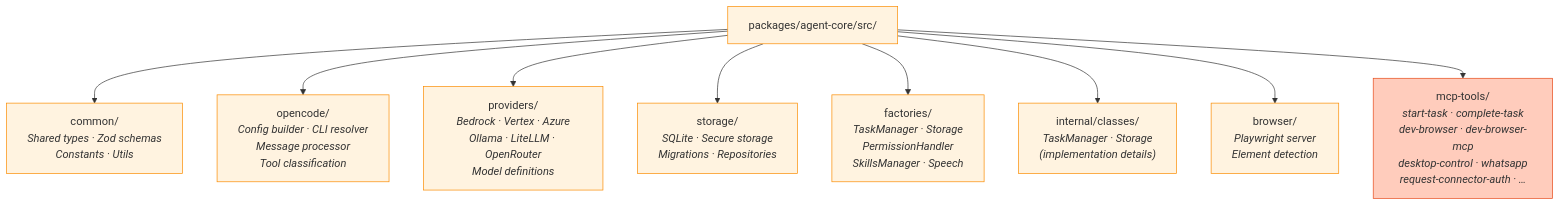
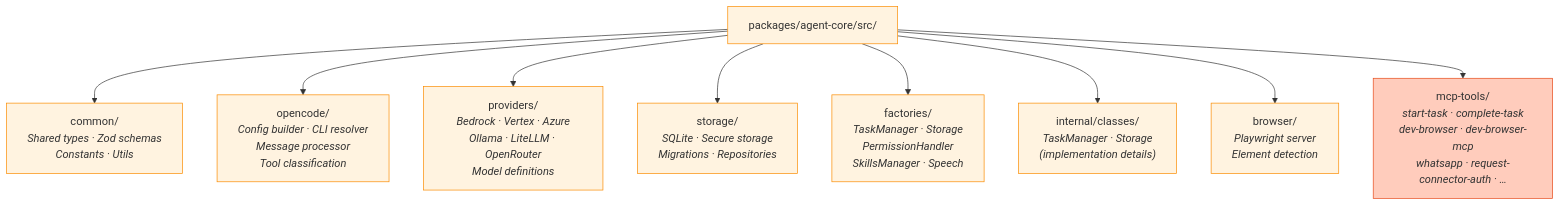
Before and after one commit to accomplish-ai/accomplish: the seventh of 7 diagrams in docs/development-viewpoint.md, drawn with Mermaid. The commit also changed 46 other files, not shown here.

Commit message:
fix: remove desktop-control and dead permission ports

````diff
--- a/docs/development-viewpoint.md
+++ b/docs/development-viewpoint.md
@@ -233,21 +233,21 @@
 ```mermaid
 graph TD
   CORE["packages/agent-core/src/"]
 
   CORE --> COMMON["common/<br/><i>Shared types · Zod schemas<br/>Constants · Utils</i>"]
   CORE --> OC["opencode/<br/><i>Config builder · CLI resolver<br/>Message processor<br/>Tool classification</i>"]
   CORE --> PROV["providers/<br/><i>Bedrock · Vertex · Azure<br/>Ollama · LiteLLM · OpenRouter<br/>Model definitions</i>"]
   CORE --> STORAGE["storage/<br/><i>SQLite · Secure storage<br/>Migrations · Repositories</i>"]
   CORE --> FACTORIES["factories/<br/><i>TaskManager · Storage<br/>PermissionHandler<br/>SkillsManager · Speech</i>"]
   CORE --> INTERNAL["internal/classes/<br/><i>TaskManager · Storage<br/>(implementation details)</i>"]
   CORE --> BROWSER["browser/<br/><i>Playwright server<br/>Element detection</i>"]
 
-  MCP["mcp-tools/<br/><i>start-task · complete-task<br/>dev-browser · dev-browser-mcp<br/>desktop-control · whatsapp<br/>request-connector-auth · …</i>"]
+  MCP["mcp-tools/<br/><i>start-task · complete-task<br/>dev-browser · dev-browser-mcp<br/>whatsapp · request-connector-auth · …</i>"]
   CORE --> MCP
 
   classDef dir fill:#fff3e0,stroke:#fb8c00
   classDef mcp fill:#ffccbc,stroke:#e64a19
 
   class CORE,COMMON,OC,PROV,STORAGE,FACTORIES,INTERNAL,BROWSER dir
   class MCP mcp
 ```
````
